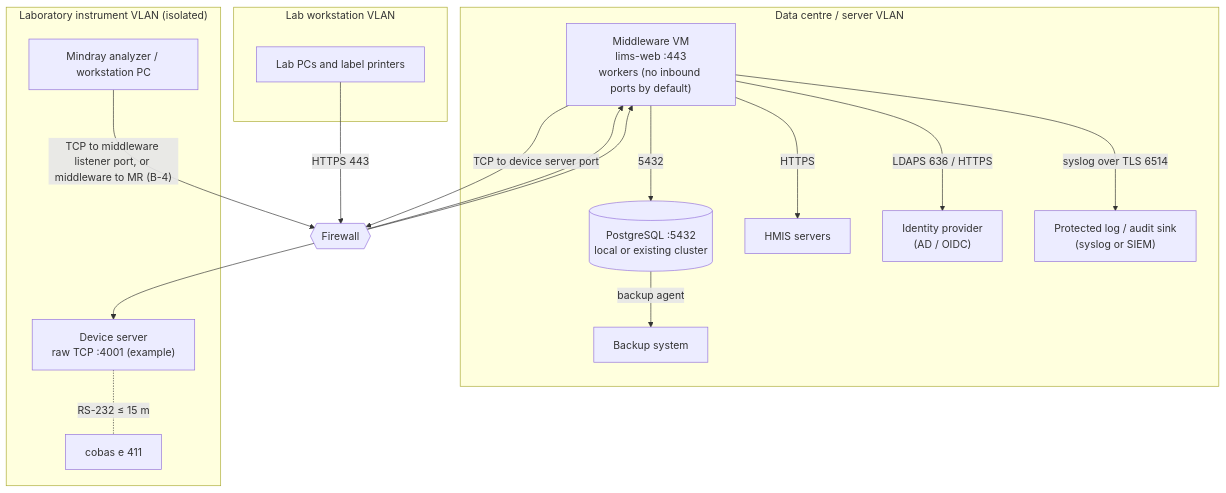
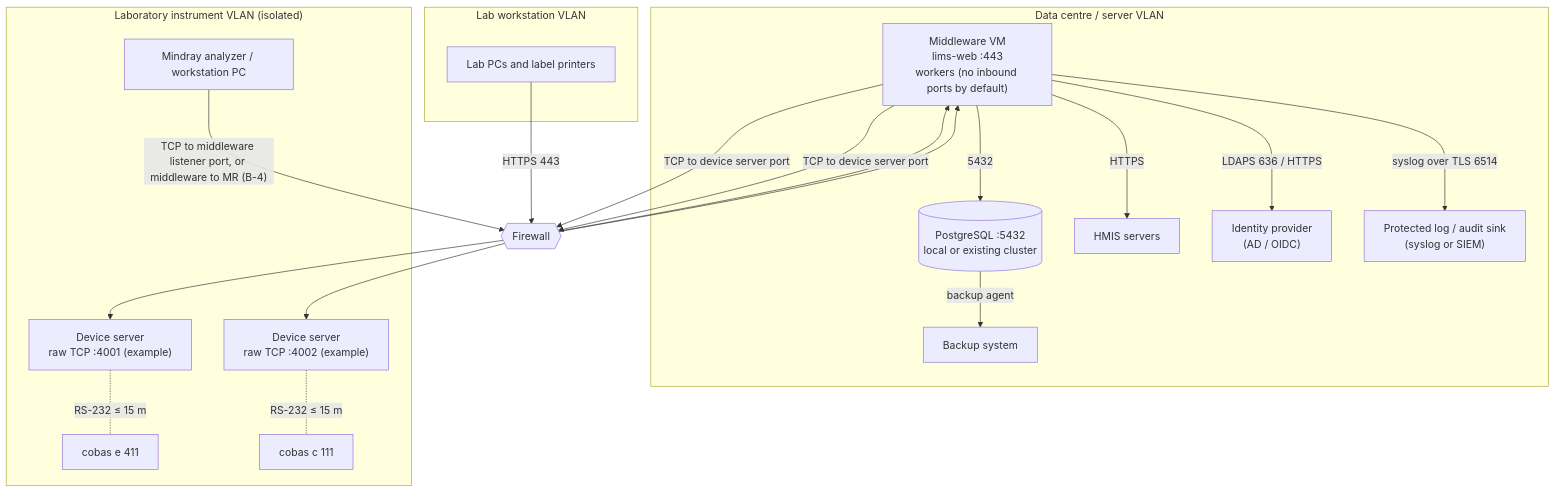
Before and after one commit to esiaso/lis-middleware-js: the third of 3 diagrams in docs/design/02-architecture-and-network.md, drawn with Mermaid. The commit also changed other lines of this file and 12 other files, not shown here.

````diff
--- a/docs/design/02-architecture-and-network.md
+++ b/docs/design/02-architecture-and-network.md
@@ -87,34 +93,38 @@
 ```mermaid
 flowchart TB
   subgraph CORE["Data centre / server VLAN"]
     MWS["Middleware VM<br/>lims-web :443<br/>workers (no inbound ports by default)"]
     PG[("PostgreSQL :5432<br/>local or existing cluster")]
     HM["HMIS servers"]
     IDP["Identity provider<br/>(AD / OIDC)"]
     BK["Backup system"]
     SYSLOG["Protected log / audit sink<br/>(syslog or SIEM)"]
   end
 
   subgraph LABVLAN["Laboratory instrument VLAN (isolated)"]
     DS1["Device server<br/>raw TCP :4001 (example)"]
     E411["cobas e 411"]
+    DS2["Device server<br/>raw TCP :4002 (example)"]
+    C111["cobas c 111"]
     MR["Mindray analyzer / workstation PC"]
   end
 
   subgraph CLIN["Lab workstation VLAN"]
     PCS["Lab PCs and label printers"]
   end
 
   FW{{"Firewall"}}
 
   PCS -- "HTTPS 443" --> FW --> MWS
   MWS -- "TCP to device server port" --> FW --> DS1
   DS1 -. "RS-232 ≤ 15 m" .- E411
+  MWS -- "TCP to device server port" --> FW --> DS2
+  DS2 -. "RS-232 ≤ 15 m" .- C111
   MR -- "TCP to middleware listener port, or middleware to MR (B-4)" --> FW
   FW --> MWS
   MWS -- "5432" --> PG
   MWS -- "HTTPS" --> HM
   MWS -- "LDAPS 636 / HTTPS" --> IDP
   MWS -- "syslog over TLS 6514" --> SYSLOG
   PG -- "backup agent" --> BK
 ```
````
